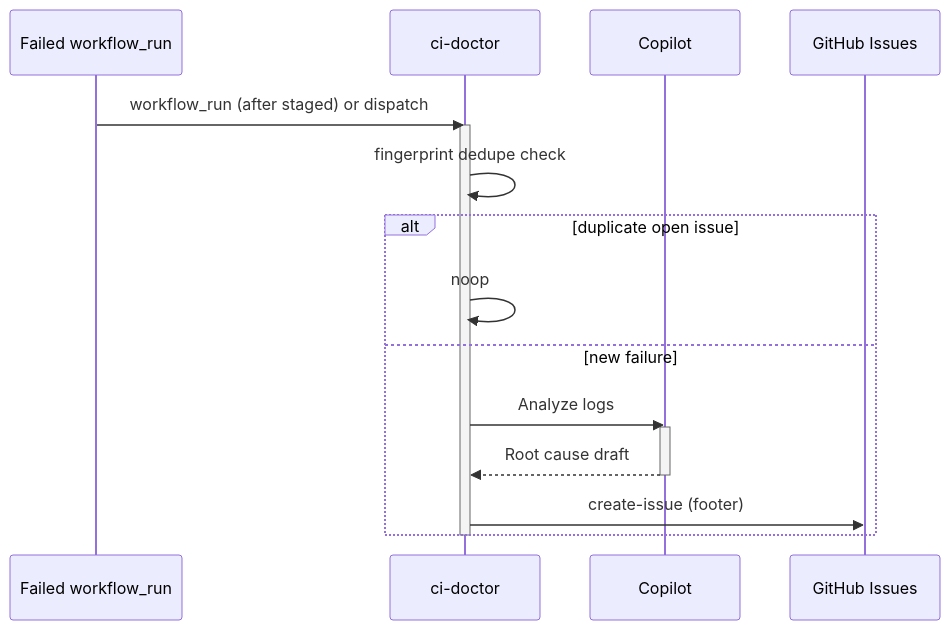
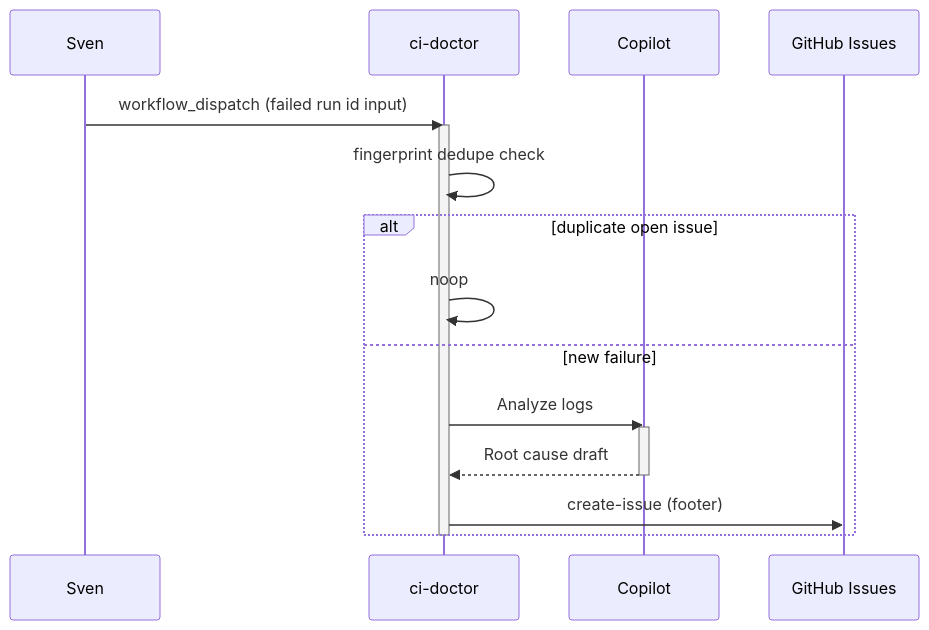
Before and after one commit to svennijhuis/agentic-workflows: the diagram in docs/pbi/agent-factory/F02-ci-doctor.md, drawn with Mermaid. The commit also changed other lines of this file and 13 other files, not shown here.

````diff
--- a/docs/pbi/agent-factory/F02-ci-doctor.md
+++ b/docs/pbi/agent-factory/F02-ci-doctor.md
@@ -49,20 +56,20 @@
 ```mermaid
 sequenceDiagram
-  participant CI as Failed workflow_run
+  participant Sven
   participant WF as ci-doctor
   participant Agent as Copilot
   participant Issues as GitHub Issues
-  CI->>WF: workflow_run (after staged) or dispatch
+  Sven->>WF: workflow_dispatch (failed run id input)
   activate WF
   WF->>WF: fingerprint dedupe check
   alt duplicate open issue
     WF->>WF: noop
   else new failure
     WF->>Agent: Analyze logs
     activate Agent
     Agent-->>WF: Root cause draft
     deactivate Agent
     WF->>Issues: create-issue (footer)
   end
   deactivate WF
 ```
````
